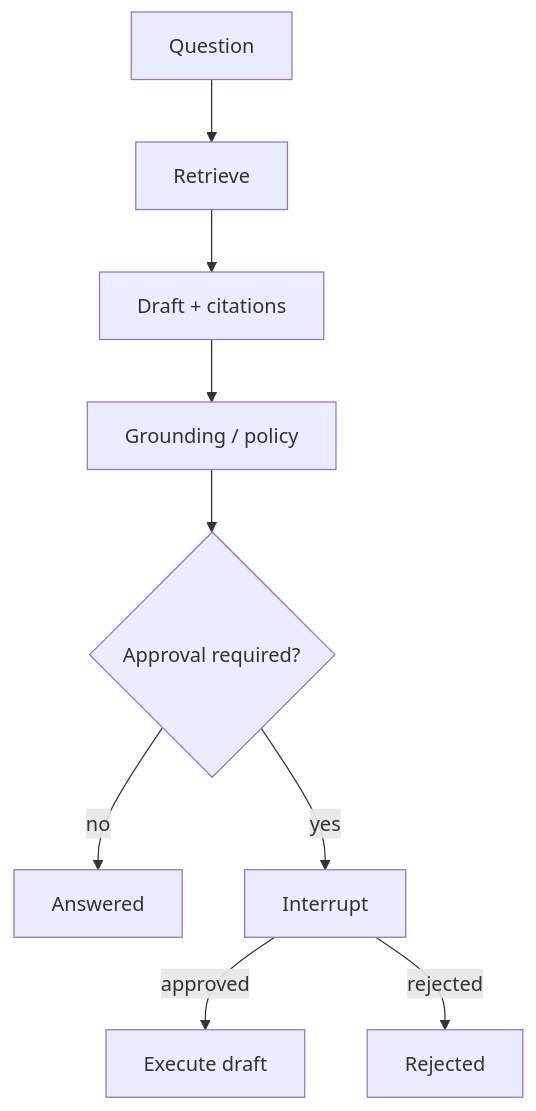
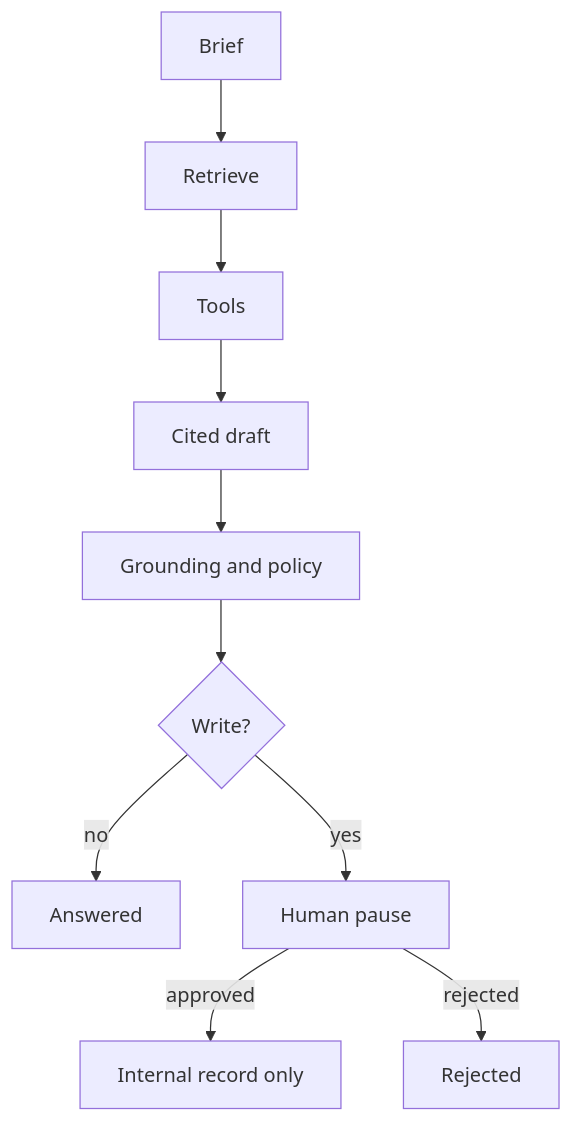
The diagram in README.md (moisestech/agentic-ops), drawn with Mermaid before and after one commit. The commit also changed other lines of this file and 8 other files, not shown here.

First line of the commit message:
Lead the README with what the app does, console photos, and a readable roadmap.

````diff
--- a/README.md
+++ b/README.md
@@ -81,11 +45,12 @@
 ```mermaid
 flowchart TD
-    A[Question] --> B[Retrieve]
-    B --> C[Draft + citations]
-    C --> D[Grounding / policy]
-    D --> E{Approval required?}
-    E -->|no| F[Answered]
-    E -->|yes| G[Interrupt]
-    G -->|approved| H[Execute draft]
-    G -->|rejected| I[Rejected]
+  A[Brief] --> B[Retrieve]
+  B --> T[Tools]
+  T --> C[Cited draft]
+  C --> D[Grounding and policy]
+  D --> E{Write?}
+  E -->|no| F[Answered]
+  E -->|yes| G[Human pause]
+  G -->|approved| H[Internal record only]
+  G -->|rejected| I[Rejected]
 ```
````
